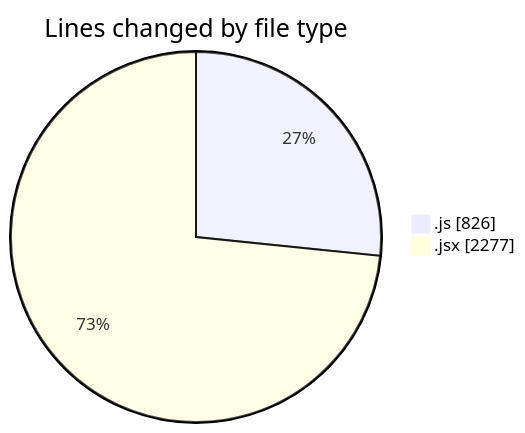
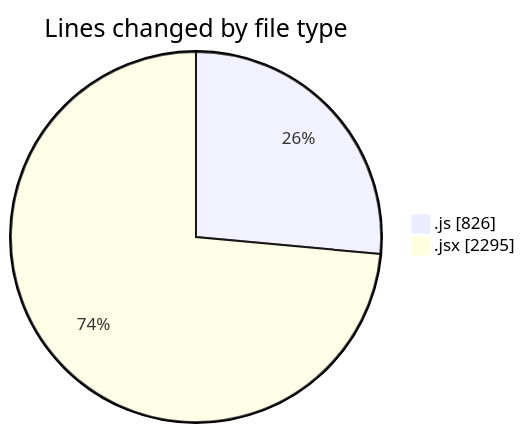
Before and after one commit to nxtqubesakshisongat/code-tracking: the first of 2 diagrams in 2025-10-29/nxtqube_webapp/README.md, drawn with Mermaid. The commit also changed other lines of this file and 1 other file, not shown here.

````diff
--- a/2025-10-29/nxtqube_webapp/README.md
+++ b/2025-10-29/nxtqube_webapp/README.md
@@ -22,6 +22,6 @@
 ```mermaid
 pie showData
 title Lines changed by file type
 ".js" : 826
-".jsx" : 2277
+".jsx" : 2295
 ```
````
